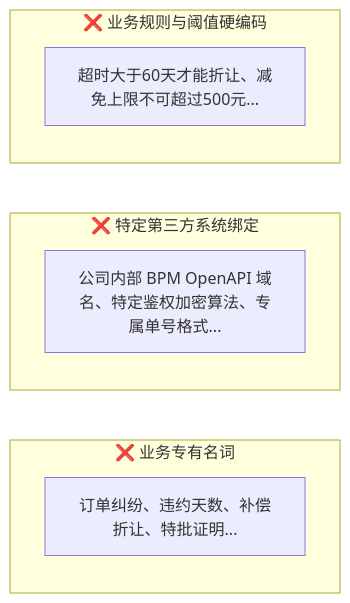
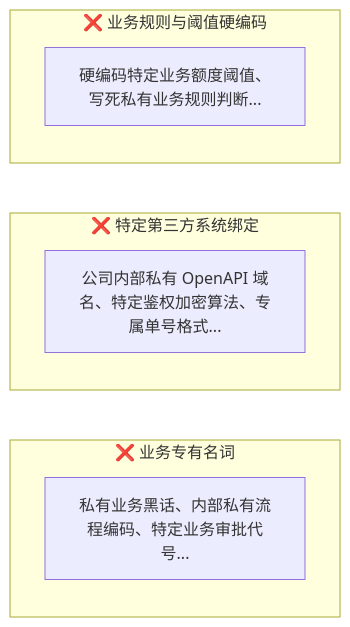
One commit to 1264585648/spring-ai-agentflow changed the first of 2 diagrams in docs/02-通用Agent骨架边界与设计哲学.md. Above: the diagram before and after it, drawn with Mermaid. The commit also changed other lines of this file and 62 other files, not shown here.

````diff
--- a/docs/02-通用Agent骨架边界与设计哲学.md
+++ b/docs/02-通用Agent骨架边界与设计哲学.md
@@ -27,14 +27,14 @@
 ```mermaid
 flowchart LR
     subgraph 红线一 ["❌ 业务专有名词"]
-        A["订单纠纷、违约天数、补偿折让、特批证明..."]
+        A["私有业务黑话、内部私有流程编码、特定业务审批代号..."]
     end
 
     subgraph 红线二 ["❌ 特定第三方系统绑定"]
-        B["公司内部 BPM OpenAPI 域名、特定鉴权加密算法、专属单号格式..."]
+        B["公司内部私有 OpenAPI 域名、特定鉴权加密算法、专属单号格式..."]
     end
 
     subgraph 红线三 ["❌ 业务规则与阈值硬编码"]
-        C["超时大于60天才能折让、减免上限不可超过500元..."]
+        C["硬编码特定业务额度阈值、写死私有业务规则判断..."]
     end
 ```
````
